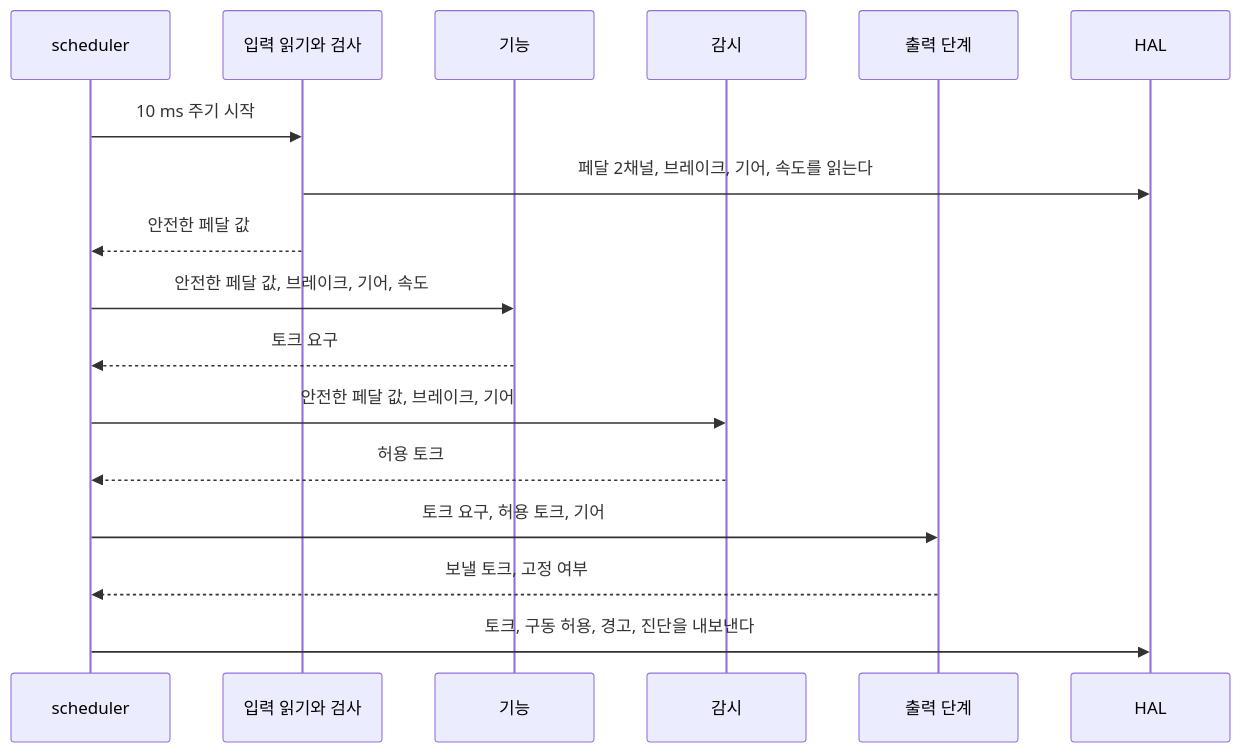
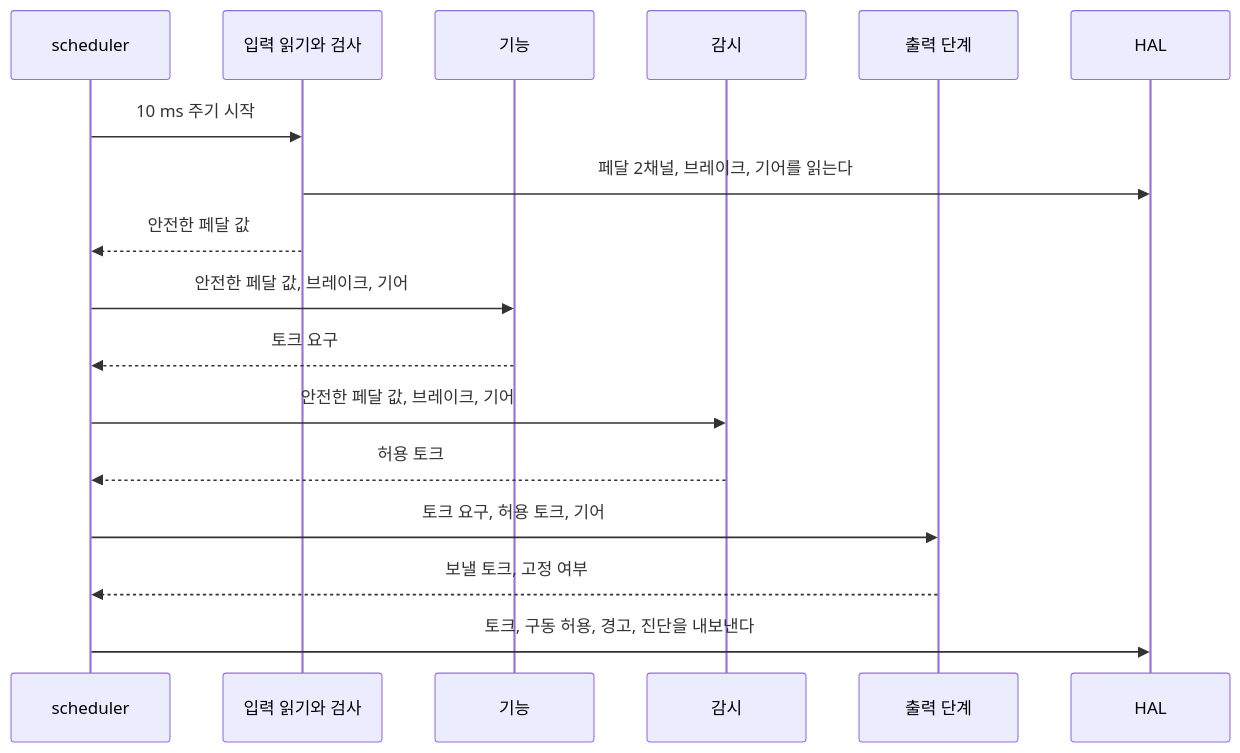
The second of 2 diagrams in example/drive-torque/docs/architecture.md (danielhongwoo/fusa), drawn with Mermaid before and after one commit. The commit also changed other lines of this file and 8 other files, not shown here.

````diff
--- a/example/drive-torque/docs/architecture.md
+++ b/example/drive-torque/docs/architecture.md
@@ -57,19 +57,19 @@
 ```mermaid
 sequenceDiagram
     participant S as scheduler
     participant I as 입력 읽기와 검사
     participant A as 기능
     participant M as 감시
     participant O as 출력 단계
     participant H as HAL
     S->>I: 10 ms 주기 시작
-    I->>H: 페달 2채널, 브레이크, 기어, 속도를 읽는다
+    I->>H: 페달 2채널, 브레이크, 기어를 읽는다
     I-->>S: 안전한 페달 값
-    S->>A: 안전한 페달 값, 브레이크, 기어, 속도
+    S->>A: 안전한 페달 값, 브레이크, 기어
     A-->>S: 토크 요구
     S->>M: 안전한 페달 값, 브레이크, 기어
     M-->>S: 허용 토크
     S->>O: 토크 요구, 허용 토크, 기어
     O-->>S: 보낼 토크, 고정 여부
     S->>H: 토크, 구동 허용, 경고, 진단을 내보낸다
 ```
````
